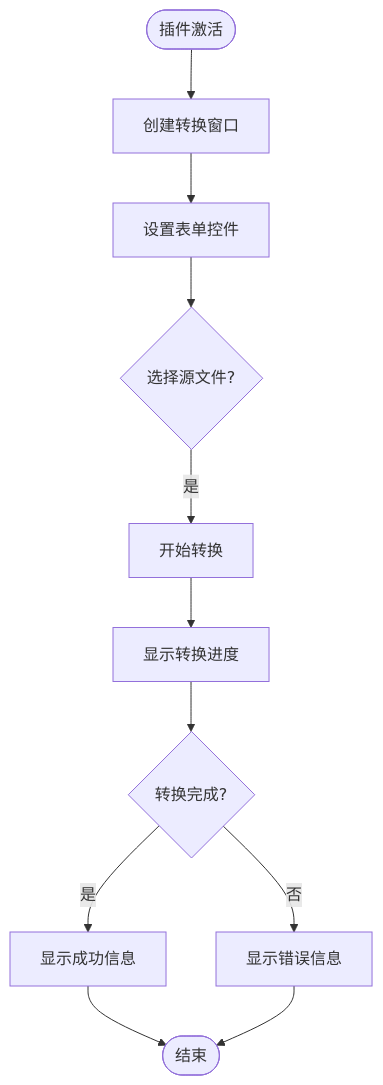
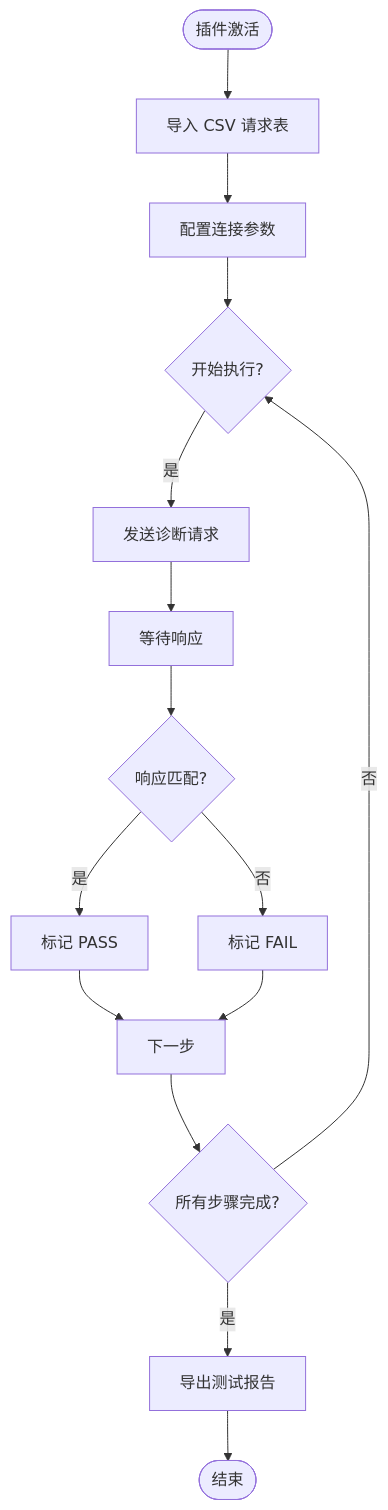
Before and after one commit to jakecai1225-design/OpenBus: the third of 8 diagrams in .qoder/repowiki/zh/content/开发指南/示例插件.md, drawn with Mermaid. The commit also changed other lines of this file and 80 other files, not shown here.

Commit message:
graphic 优化

````diff
--- a/.qoder/repowiki/zh/content/开发指南/示例插件.md
+++ b/.qoder/repowiki/zh/content/开发指南/示例插件.md
@@ -152,13 +175,17 @@
 ```mermaid
 flowchart TD
-Start(["插件激活"]) --> CreateWin["创建转换窗口"]
-CreateWin --> SetupUI["设置表单控件"]
-SetupUI --> WaitInput{"选择源文件?"}
-WaitInput --> |是| Convert["开始转换"]
-Convert --> Progress["显示转换进度"]
-Progress --> Complete{"转换完成?"}
-Complete --> |是| Success["显示成功信息"]
-Complete --> |否| Error["显示错误信息"]
-Success --> End(["结束"])
-Error --> End
+Start(["插件激活"]) --> ImportCSV["导入 CSV 请求表"]
+ImportCSV --> Config["配置连接参数"]
+Config --> Execute{"开始执行?"}
+Execute --> |是| SendReq["发送诊断请求"]
+SendReq --> WaitResp["等待响应"]
+WaitResp --> CheckResult{"响应匹配?"}
+CheckResult --> |是| Pass["标记 PASS"]
+CheckResult --> |否| Fail["标记 FAIL"]
+Pass --> NextStep["下一步"]
+Fail --> NextStep
+NextStep --> Complete{"所有步骤完成?"}
+Complete --> |否| Execute
+Complete --> |是| Export["导出测试报告"]
+Export --> End(["结束"])
 ```
````
